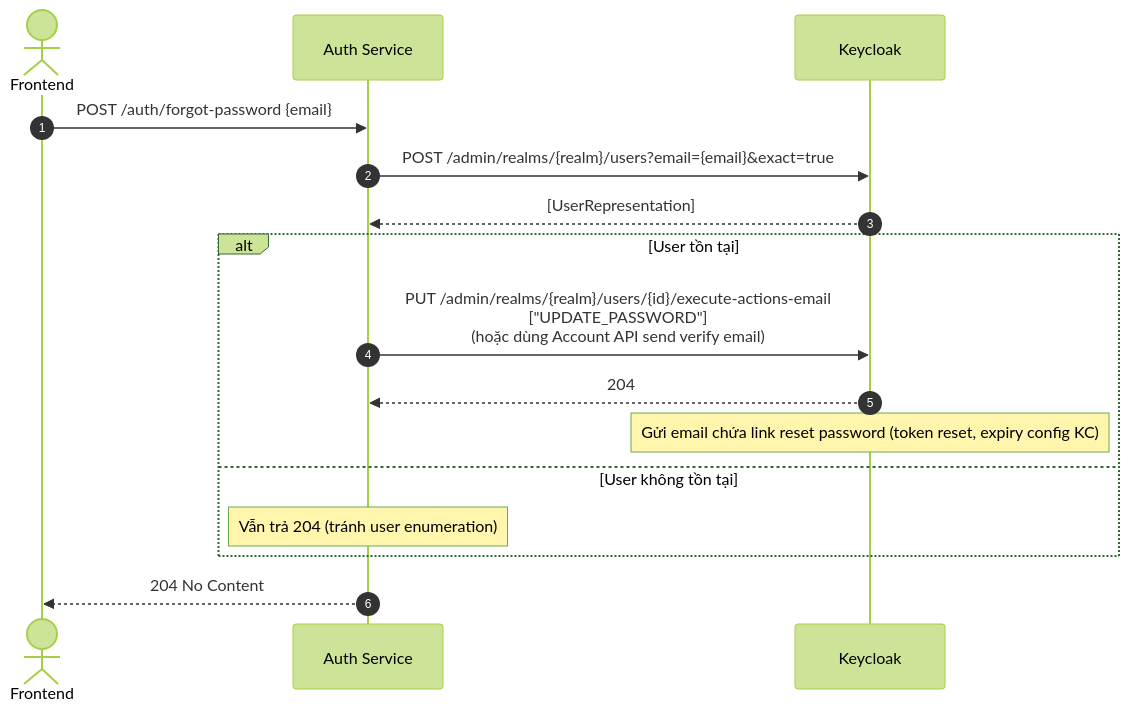
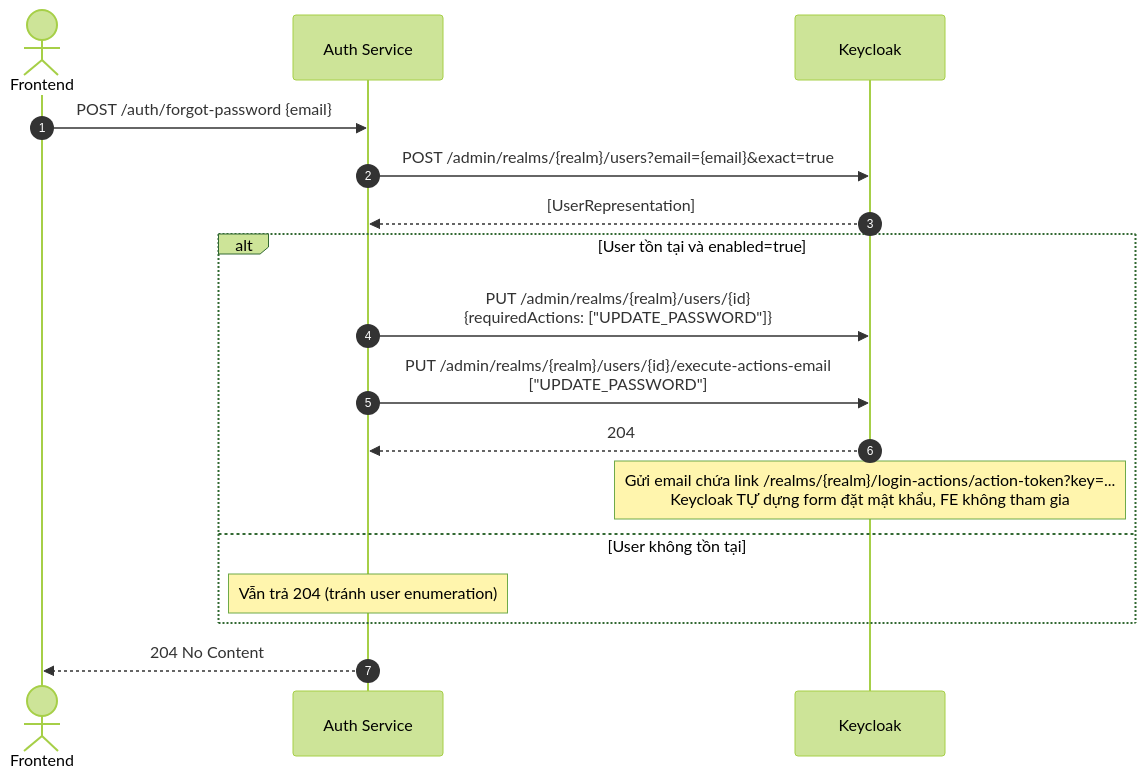
The seventh of 13 diagrams in docs/architecture/auth-keycloak-flows.md (duymk123/EventHub), drawn with Mermaid (forest theme) before and after one commit. The commit also changed other lines of this file and 27 other files, not shown here.

````diff
--- a/docs/architecture/auth-keycloak-flows.md
+++ b/docs/architecture/auth-keycloak-flows.md
@@ -188,19 +192,20 @@
 ```mermaid
 sequenceDiagram
     autonumber
     actor FE as Frontend
     participant AS as Auth Service
     participant KC as Keycloak
 
     FE->>AS: POST /auth/forgot-password {email}
     AS->>KC: POST /admin/realms/{realm}/users?email={email}&exact=true
     KC-->>AS: [UserRepresentation]
-    alt User tồn tại
-        AS->>KC: PUT /admin/realms/{realm}/users/{id}/execute-actions-email<br/>["UPDATE_PASSWORD"]<br/>(hoặc dùng Account API send verify email)
+    alt User tồn tại và enabled=true
+        AS->>KC: PUT /admin/realms/{realm}/users/{id}<br/>{requiredActions: ["UPDATE_PASSWORD"]}
+        AS->>KC: PUT /admin/realms/{realm}/users/{id}/execute-actions-email<br/>["UPDATE_PASSWORD"]
         KC-->>AS: 204
-        Note over KC: Gửi email chứa link reset password (token reset, expiry config KC)
+        Note over KC: Gửi email chứa link /realms/{realm}/login-actions/action-token?key=...<br/>Keycloak TỰ dựng form đặt mật khẩu, FE không tham gia
     else User không tồn tại
         Note over AS: Vẫn trả 204 (tránh user enumeration)
     end
     AS-->>FE: 204 No Content
 ```
````
